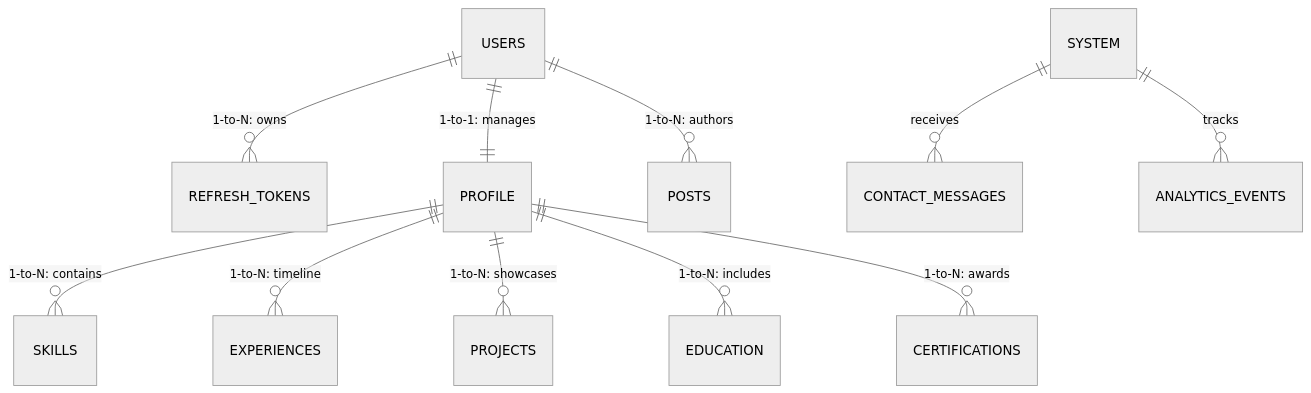
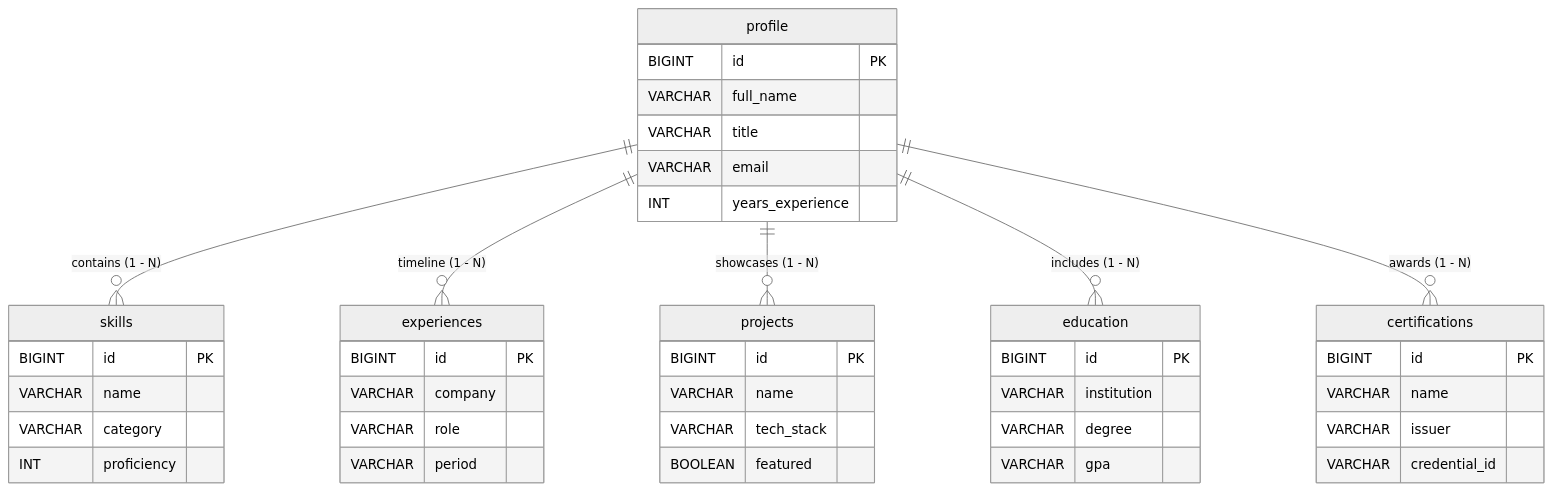
The sixth of 7 diagrams in docs/SRS.md (thien1708/portfolio), drawn with Mermaid (neutral theme) before and after one commit. The commit also changed other lines of this file and 1 other file, not shown here.

Commit message:
docs: improve diagram legibility with modular large-scale schemas in SRS.md and Word document

````diff
--- a/docs/SRS.md
+++ b/docs/SRS.md
@@ -380,15 +427,46 @@
 ```mermaid
 erDiagram
-    USERS ||--o{ REFRESH_TOKENS : "1-to-N: owns"
-    USERS ||--|| PROFILE : "1-to-1: manages"
-    USERS ||--o{ POSTS : "1-to-N: authors"
+    profile ||--o{ skills : "contains (1 - N)"
+    profile ||--o{ experiences : "timeline (1 - N)"
+    profile ||--o{ projects : "showcases (1 - N)"
+    profile ||--o{ education : "includes (1 - N)"
+    profile ||--o{ certifications : "awards (1 - N)"
 
-    PROFILE ||--o{ SKILLS : "1-to-N: contains"
-    PROFILE ||--o{ EXPERIENCES : "1-to-N: timeline"
-    PROFILE ||--o{ PROJECTS : "1-to-N: showcases"
-    PROFILE ||--o{ EDUCATION : "1-to-N: includes"
-    PROFILE ||--o{ CERTIFICATIONS : "1-to-N: awards"
-
-    SYSTEM ||--o{ CONTACT_MESSAGES : "receives"
-    SYSTEM ||--o{ ANALYTICS_EVENTS : "tracks"
+    profile {
+        BIGINT id PK
+        VARCHAR full_name
+        VARCHAR title
+        VARCHAR email
+        INT years_experience
+    }
+    skills {
+        BIGINT id PK
+        VARCHAR name
+        VARCHAR category
+        INT proficiency
+    }
+    experiences {
+        BIGINT id PK
+        VARCHAR company
+        VARCHAR role
+        VARCHAR period
+    }
+    projects {
+        BIGINT id PK
+        VARCHAR name
+        VARCHAR tech_stack
+        BOOLEAN featured
+    }
+    education {
+        BIGINT id PK
+        VARCHAR institution
+        VARCHAR degree
+        VARCHAR gpa
+    }
+    certifications {
+        BIGINT id PK
+        VARCHAR name
+        VARCHAR issuer
+        VARCHAR credential_id
+    }
 ```
````
